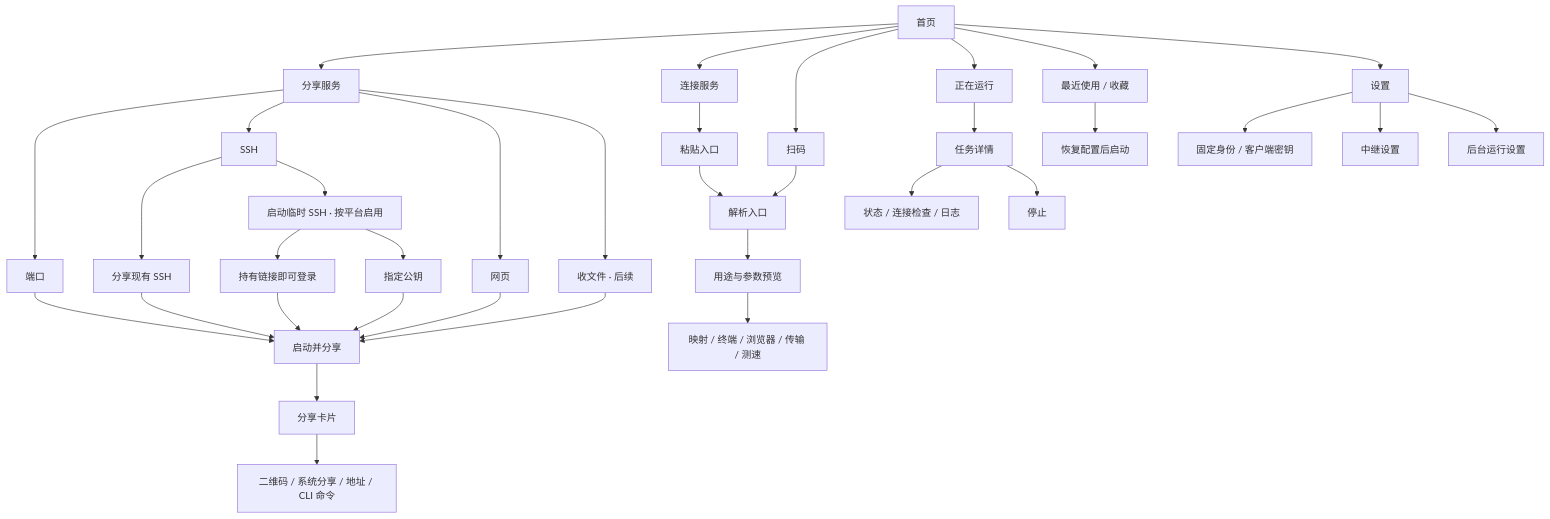
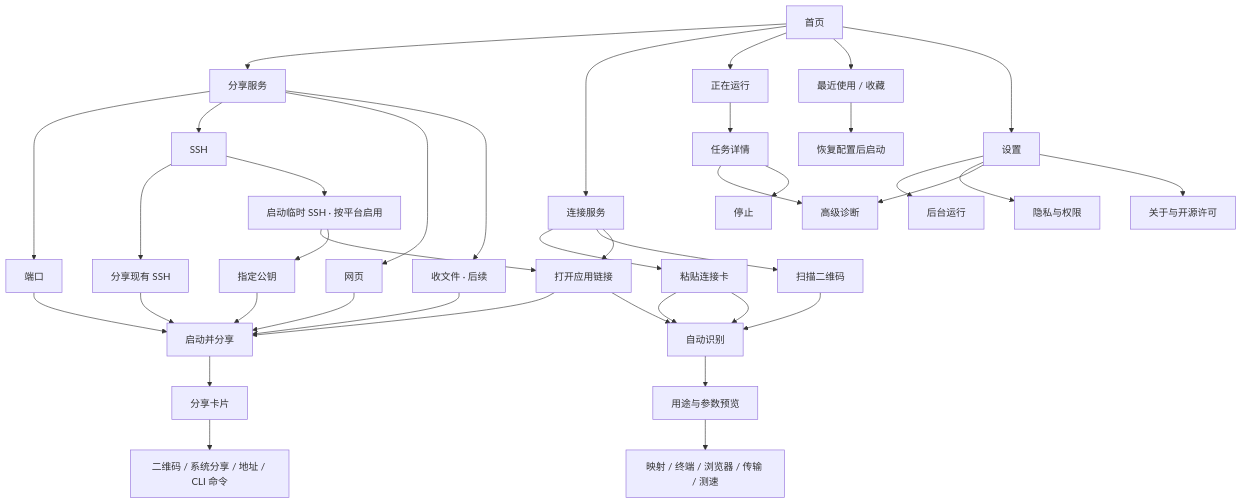
One commit to DBinK/tailtap changed the second of 7 diagrams in docs/product-interaction-design.md. Above: the diagram before and after it, drawn with Mermaid. The commit also changed other lines of this file and 57 other files, not shown here.

````diff
--- a/docs/product-interaction-design.md
+++ b/docs/product-interaction-design.md
@@ -55,37 +55,41 @@
 ```mermaid
 flowchart TD
     Home[首页] --> Share[分享服务]
     Home --> Connect[连接服务]
-    Home --> Scan[扫码]
     Home --> Running[正在运行]
     Home --> Recent[最近使用 / 收藏]
     Home --> Settings[设置]
     Share --> Port[端口]
     Share --> SSH[SSH]
     Share --> Web[网页]
     Share --> Files[收文件 · 后续]
     SSH --> Existing[分享现有 SSH]
     SSH --> Builtin[启动临时 SSH · 按平台启用]
     Builtin --> Link[持有链接即可登录]
     Builtin --> Keys[指定公钥]
     Port --> Start[启动并分享]
     Existing --> Start
     Link --> Start
     Keys --> Start
     Web --> Start
     Files --> Start
     Start --> Card[分享卡片]
     Card --> Export[二维码 / 系统分享 / 地址 / CLI 命令]
-    Connect --> Paste[粘贴入口]
-    Scan --> Parse[解析入口]
+    Connect --> Paste[粘贴连接卡]
+    Connect --> Scan[扫描二维码]
+    Connect --> Link[打开应用链接]
+    Paste --> Parse[自动识别]
+    Scan --> Parse
+    Link --> Parse
     Paste --> Parse
     Parse --> Preview[用途与参数预览]
     Preview --> Use[映射 / 终端 / 浏览器 / 传输 / 测速]
     Running --> Detail[任务详情]
     Detail --> Diagnostics[状态 / 连接检查 / 日志]
     Detail --> Stop[停止]
     Recent --> Restore[恢复配置后启动]
-    Settings --> Identity[固定身份 / 客户端密钥]
-    Settings --> Relay[中继设置]
-    Settings --> Background[后台运行设置]
+    Settings --> Background[后台运行]
+    Settings --> Privacy[隐私与权限]
+    Settings --> Diagnostics[高级诊断]
+    Settings --> About[关于与开源许可]
 ```
````
